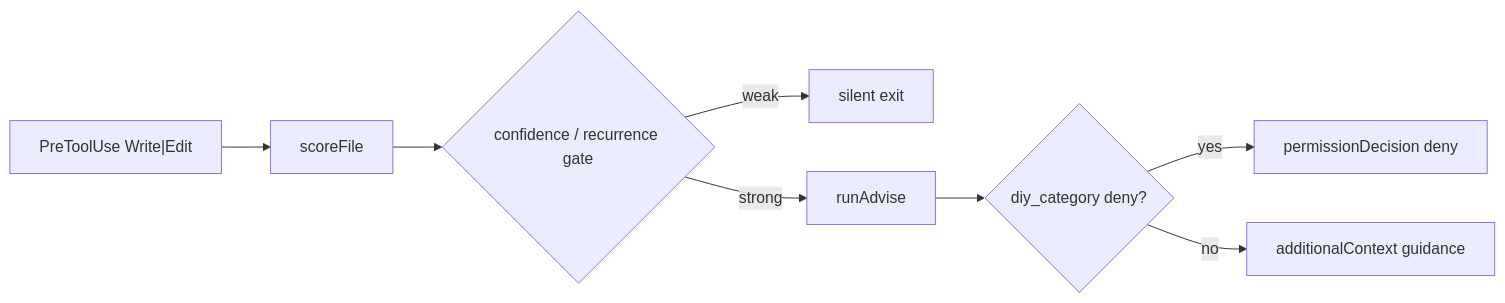
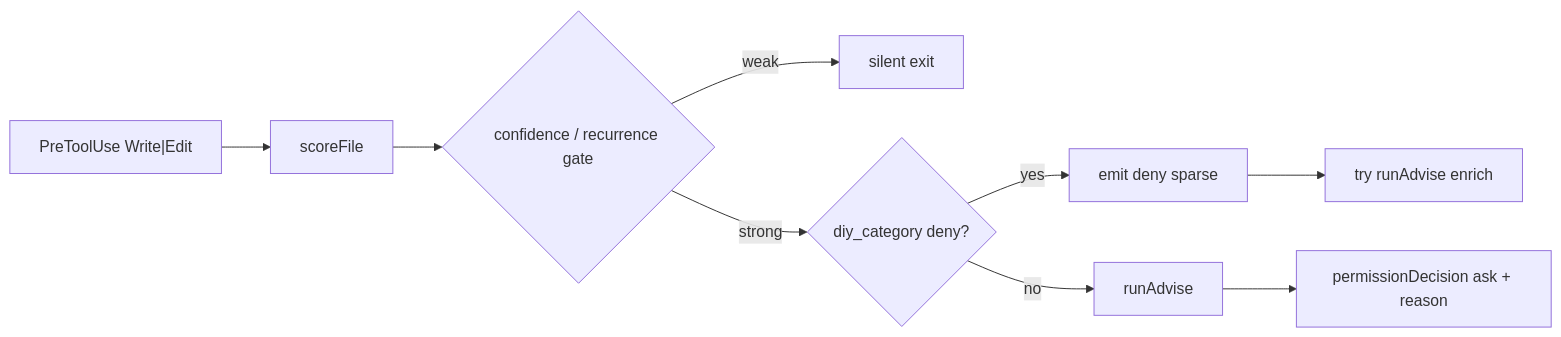
Before and after one commit to kavin0x/starloghq-index: the fifth of 6 diagrams in docs/ARCHITECTURE.md, drawn with Mermaid. The commit also changed other lines of this file and 9 other files, not shown here.

````diff
--- a/docs/ARCHITECTURE.md
+++ b/docs/ARCHITECTURE.md
@@ -139,10 +147,11 @@
 ```mermaid
 flowchart LR
   w["PreToolUse Write|Edit"] --> score["scoreFile"]
   score --> conf{"confidence / recurrence gate"}
   conf -->|weak| silent["silent exit"]
-  conf -->|strong| advise["runAdvise"]
-  advise --> policy{"diy_category deny?"}
-  policy -->|yes| deny["permissionDecision deny"]
-  policy -->|no| inject["additionalContext guidance"]
+  conf -->|strong| policy{"diy_category deny?"}
+  policy -->|yes| denyFirst["emit deny sparse"]
+  denyFirst --> enrich["try runAdvise enrich"]
+  policy -->|no| advise["runAdvise"]
+  advise --> ask["permissionDecision ask + reason"]
 ```
````
